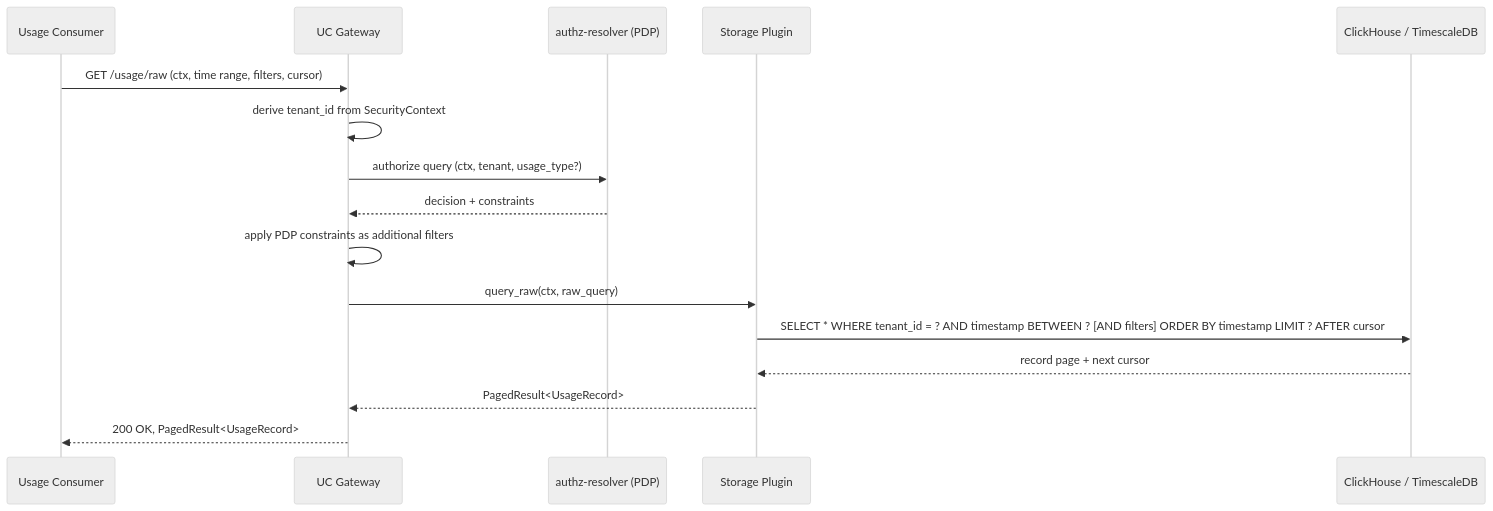
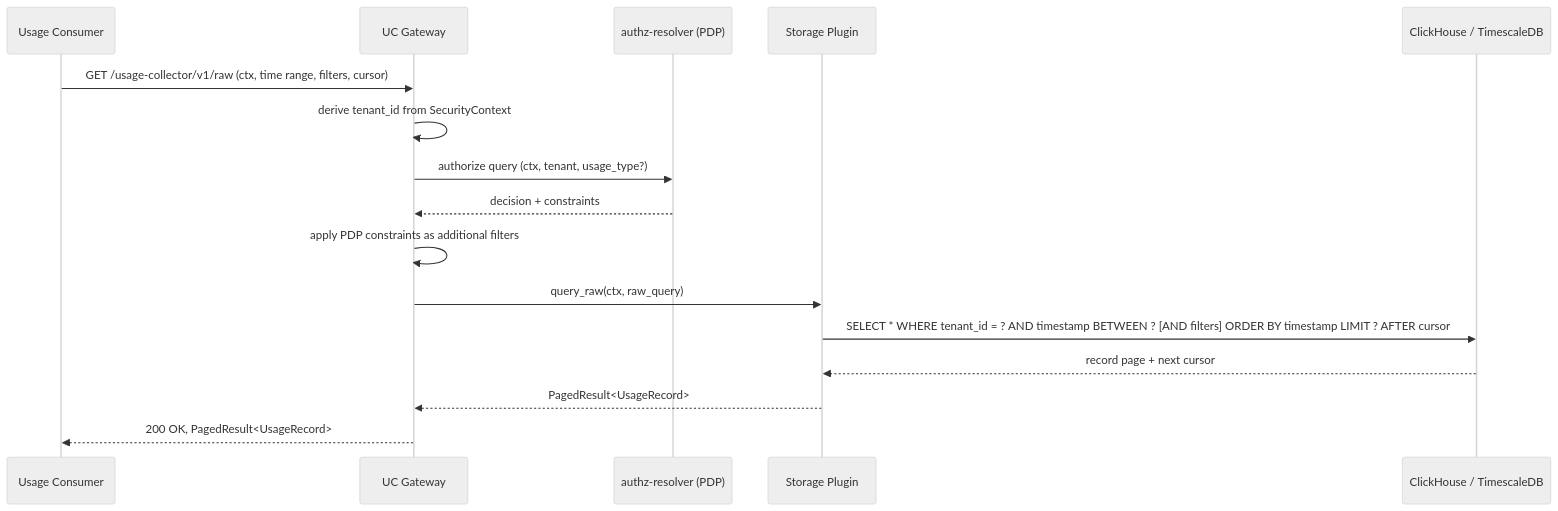
Before and after one commit to capybutler/cyberfabric-core: the fifth of 8 diagrams in modules/system/usage-collector/docs/DESIGN.md, drawn with Mermaid (neutral theme). The commit also changed other lines of this file and 18 other files, not shown here.

First line of the commit message:
feat(usage-collector): add SDK crate and design documentation

````diff
--- a/modules/system/usage-collector/docs/DESIGN.md
+++ b/modules/system/usage-collector/docs/DESIGN.md
@@ -627,19 +793,19 @@
 ```mermaid
 sequenceDiagram
     participant Consumer as Usage Consumer
     participant GW as UC Gateway
     participant PDP as authz-resolver (PDP)
     participant Plugin as Storage Plugin
     participant DB as ClickHouse / TimescaleDB
 
-    Consumer->>GW: GET /usage/raw (ctx, time range, filters, cursor)
+    Consumer->>GW: GET /usage-collector/v1/raw (ctx, time range, filters, cursor)
     GW->>GW: derive tenant_id from SecurityContext
     GW->>PDP: authorize query (ctx, tenant, usage_type?)
     PDP-->>GW: decision + constraints
     GW->>GW: apply PDP constraints as additional filters
     GW->>Plugin: query_raw(ctx, raw_query)
     Plugin->>DB: SELECT * WHERE tenant_id = ? AND timestamp BETWEEN ? [AND filters] ORDER BY timestamp LIMIT ? AFTER cursor
     DB-->>Plugin: record page + next cursor
     Plugin-->>GW: PagedResult<UsageRecord>
     GW-->>Consumer: 200 OK, PagedResult<UsageRecord>
 ```
````
